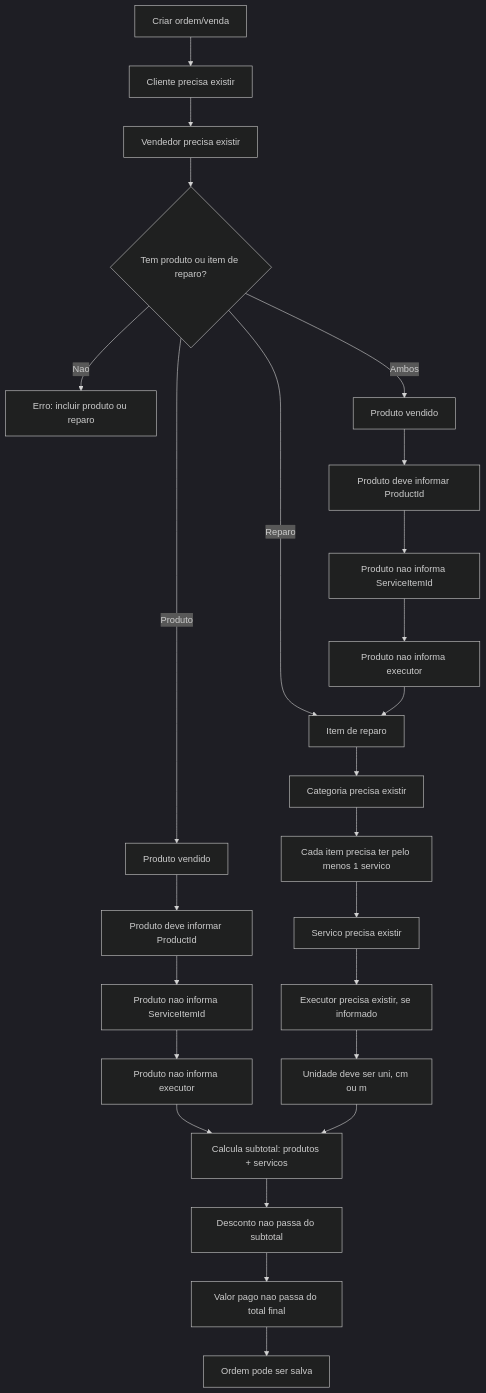
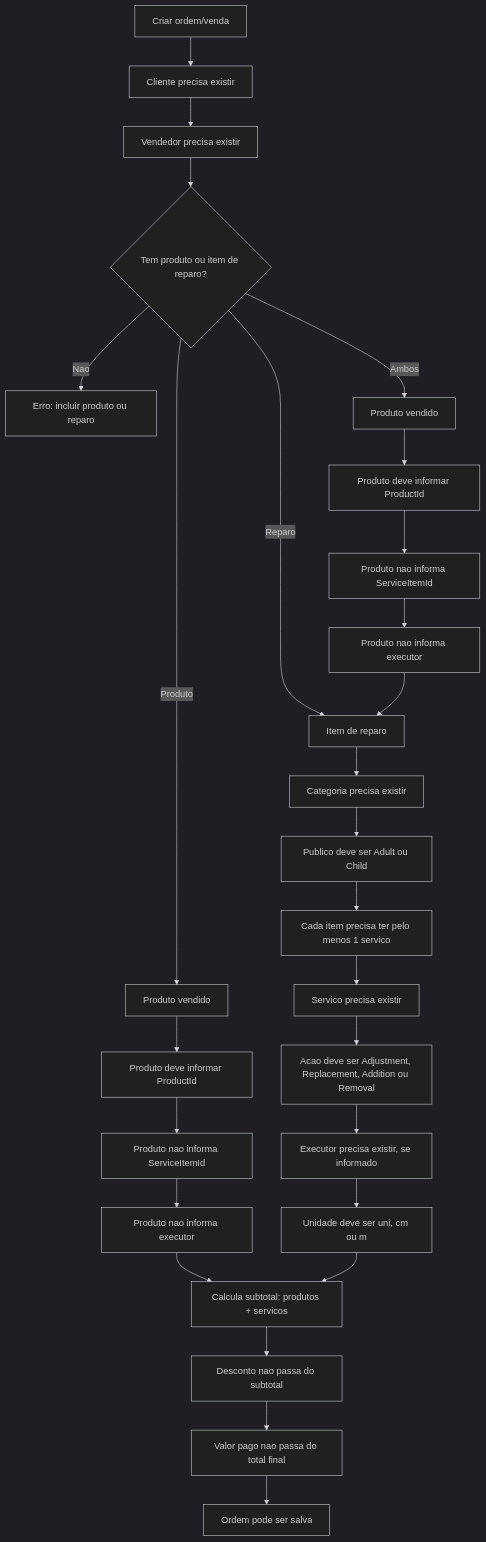
Before and after one commit to caiqueapaza/AppSales: the fifth of 11 diagrams in docs/fluxo-app.md, drawn with Mermaid (dark theme). The commit also changed other lines of this file and 31 other files, not shown here.

````diff
--- a/docs/fluxo-app.md
+++ b/docs/fluxo-app.md
@@ -144,31 +155,33 @@
 ```mermaid
 flowchart TD
     Criar["Criar ordem/venda"]
     Cliente["Cliente precisa existir"]
     Vendedor["Vendedor precisa existir"]
     Conteudo{"Tem produto ou item de reparo?"}
 
     Produto["Produto vendido"]
     ProdutoRegra["Produto deve informar ProductId"]
     ProdutoSemServico["Produto nao informa ServiceItemId"]
     ProdutoSemExecutor["Produto nao informa executor"]
 
     Reparo["Item de reparo"]
     CategoriaExiste["Categoria precisa existir"]
+    PublicoValido["Publico deve ser Adult ou Child"]
     TemServico["Cada item precisa ter pelo menos 1 servico"]
     ServicoExiste["Servico precisa existir"]
+    AcaoValida["Acao deve ser Adjustment, Replacement, Addition ou Removal"]
     ExecutorValido["Executor precisa existir, se informado"]
     UnidadeValida["Unidade deve ser uni, cm ou m"]
 
     Totais["Calcula subtotal: produtos + servicos"]
     Desconto["Desconto nao passa do subtotal"]
     Pago["Valor pago nao passa do total final"]
     OK["Ordem pode ser salva"]
 
     Criar --> Cliente --> Vendedor --> Conteudo
     Conteudo -- "Nao" --> ErroConteudo["Erro: incluir produto ou reparo"]
     Conteudo -- "Produto" --> Produto --> ProdutoRegra --> ProdutoSemServico --> ProdutoSemExecutor --> Totais
-    Conteudo -- "Reparo" --> Reparo --> CategoriaExiste --> TemServico --> ServicoExiste --> ExecutorValido --> UnidadeValida --> Totais
+    Conteudo -- "Reparo" --> Reparo --> CategoriaExiste --> PublicoValido --> TemServico --> ServicoExiste --> AcaoValida --> ExecutorValido --> UnidadeValida --> Totais
     Conteudo -- "Ambos" --> ProdutoAmbos["Produto vendido"] --> ProdutoRegraAmbos["Produto deve informar ProductId"] --> ProdutoSemServicoAmbos["Produto nao informa ServiceItemId"] --> ProdutoSemExecutorAmbos["Produto nao informa executor"] --> Reparo
     Totais --> Desconto --> Pago --> OK
 ```
````
